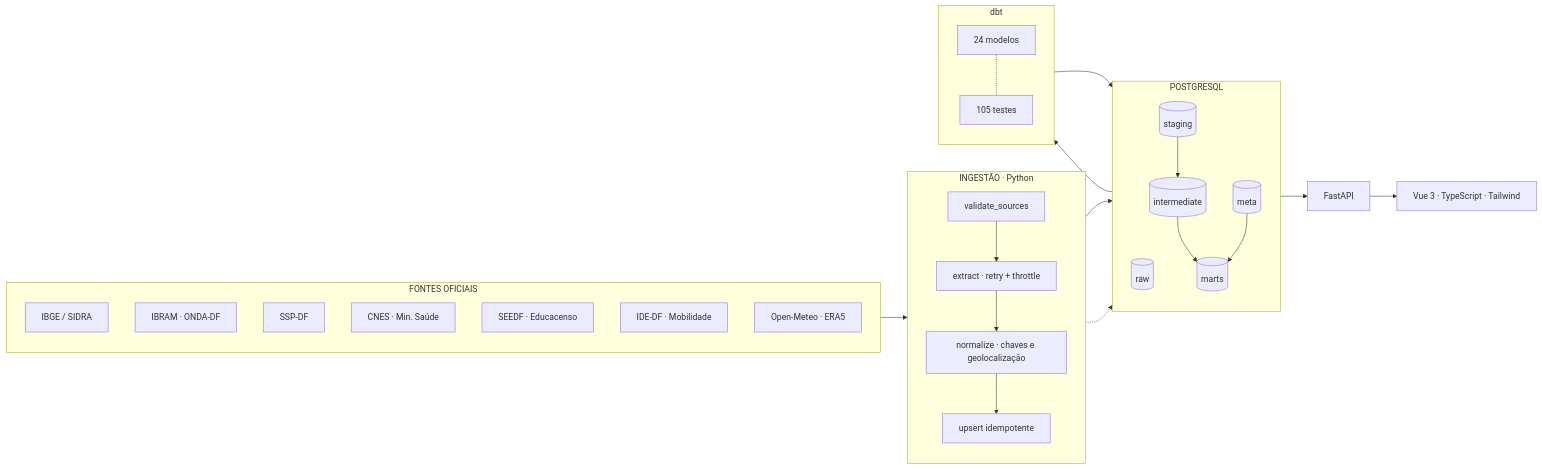
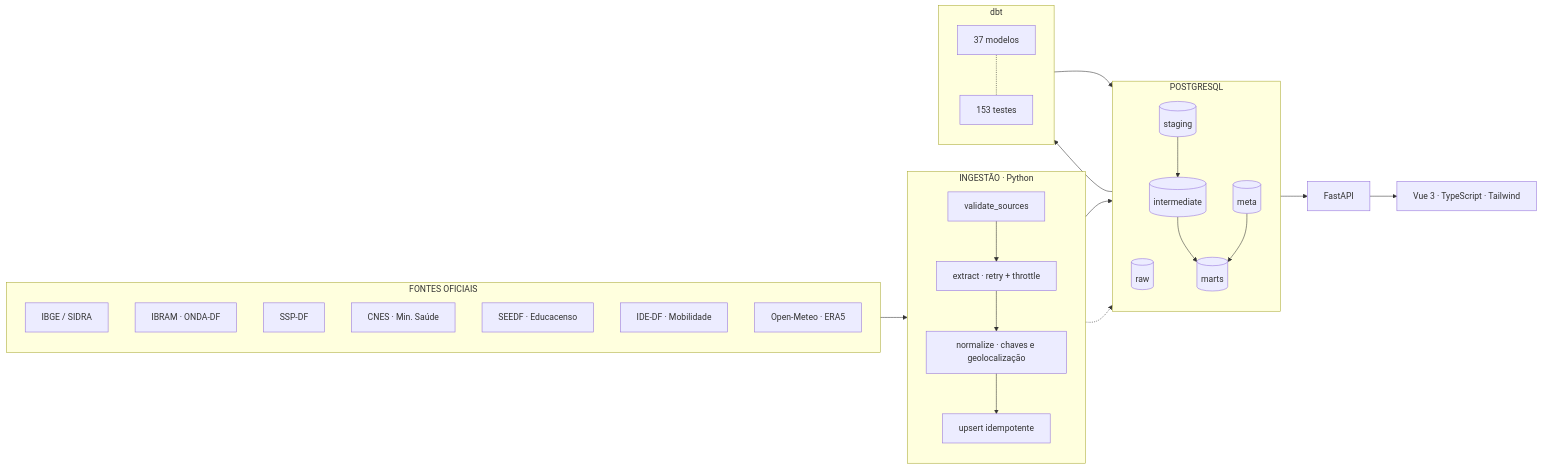
The first of 2 diagrams in README.md (enzosouto/df-intelligence-bdi), drawn with Mermaid before and after one commit. The commit also changed other lines of this file and 34 other files, not shown here.

````diff
--- a/README.md
+++ b/README.md
@@ -55,46 +73,46 @@
 ```mermaid
 flowchart LR
     subgraph F["FONTES OFICIAIS"]
         direction TB
         A1["IBGE / SIDRA"]
         A2["IBRAM · ONDA-DF"]
         A3["SSP-DF"]
         A4["CNES · Min. Saúde"]
         A6["SEEDF · Educacenso"]
         A7["IDE-DF · Mobilidade"]
         A5["Open-Meteo · ERA5"]
     end
 
     subgraph I["INGESTÃO · Python"]
         direction TB
         B1["validate_sources"]
         B2["extract · retry + throttle"]
         B3["normalize · chaves e geolocalização"]
         B4["upsert idempotente"]
     end
 
     subgraph P["POSTGRESQL"]
         direction TB
         C1[("raw")]
         C2[("staging")]
         C3[("intermediate")]
         C4[("marts")]
         C5[("meta")]
     end
 
     subgraph D["dbt"]
         direction TB
-        E1["24 modelos"]
-        E2["105 testes"]
+        E1["37 modelos"]
+        E2["153 testes"]
     end
 
     G["FastAPI"]
     H["Vue 3 · TypeScript · Tailwind"]
 
     F --> B1 --> B2 --> B3 --> B4 --> C1
     B4 -.-> C5
     C1 --> E1 --> C2 --> C3 --> C4
     E1 -.- E2
     C5 --> C4
     C4 --> G --> H
 ```
````
